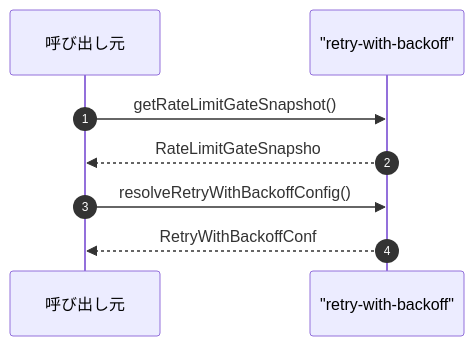
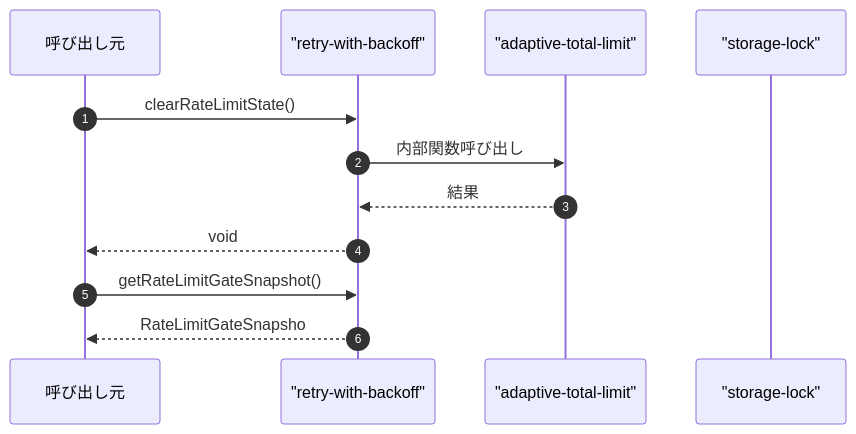
One commit to Mekann2904/mekann changed the fourth of 4 diagrams in ABDD/.pi/lib/retry-with-backoff.md. Above: the diagram before and after it, drawn with Mermaid. The commit also changed other lines of this file and 205 other files, not shown here.

````diff
--- a/ABDD/.pi/lib/retry-with-backoff.md
+++ b/ABDD/.pi/lib/retry-with-backoff.md
@@ -157,12 +175,16 @@
 ```mermaid
 sequenceDiagram
   autonumber
   participant Caller as 呼び出し元
   participant retry_with_backoff as "retry-with-backoff"
+  participant adaptive_total_limit as "adaptive-total-limit"
+  participant storage_lock as "storage-lock"
+
+  Caller->>retry_with_backoff: clearRateLimitState()
+  retry_with_backoff->>adaptive_total_limit: 内部関数呼び出し
+  adaptive_total_limit-->>retry_with_backoff: 結果
+  retry_with_backoff-->>Caller: void
 
   Caller->>retry_with_backoff: getRateLimitGateSnapshot()
   retry_with_backoff-->>Caller: RateLimitGateSnapsho
-
-  Caller->>retry_with_backoff: resolveRetryWithBackoffConfig()
-  retry_with_backoff-->>Caller: RetryWithBackoffConf
 ```
````
